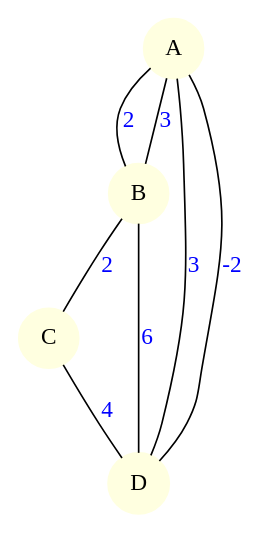
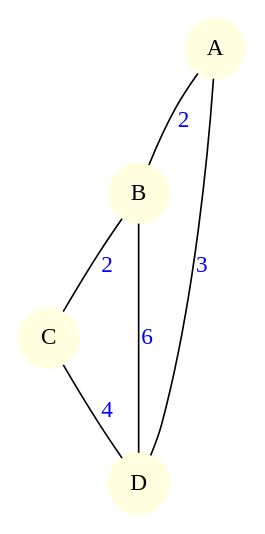
The diagram in bytequest.dot (ncs-pl/floyd-arn), drawn with Graphviz before and after one commit.

Commit message:
New bytequest

```diff
--- a/bytequest.dot
+++ b/bytequest.dot
@@ -1,17 +1,15 @@
 graph bytequest {
     node [shape=circle, style=filled, color=lightyellow, fontcolor=black];
     edge [color=black, fontcolor=blue];
 
     A [label="A"];
     B [label="B"];
     C [label="C"];
     D [label="D"];
 
     A -- B [label="2", weight=2];
     A -- D [label="3", weight=3];
-    B -- A [label="3", weight=3];
     B -- C [label="2", weight=2];
     C -- D [label="4", weight=4];
-    D -- A [label="-2", weight=-2];
     D -- B [label="6", weight=6];
 }
```
